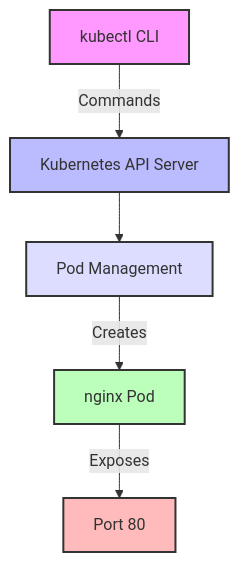
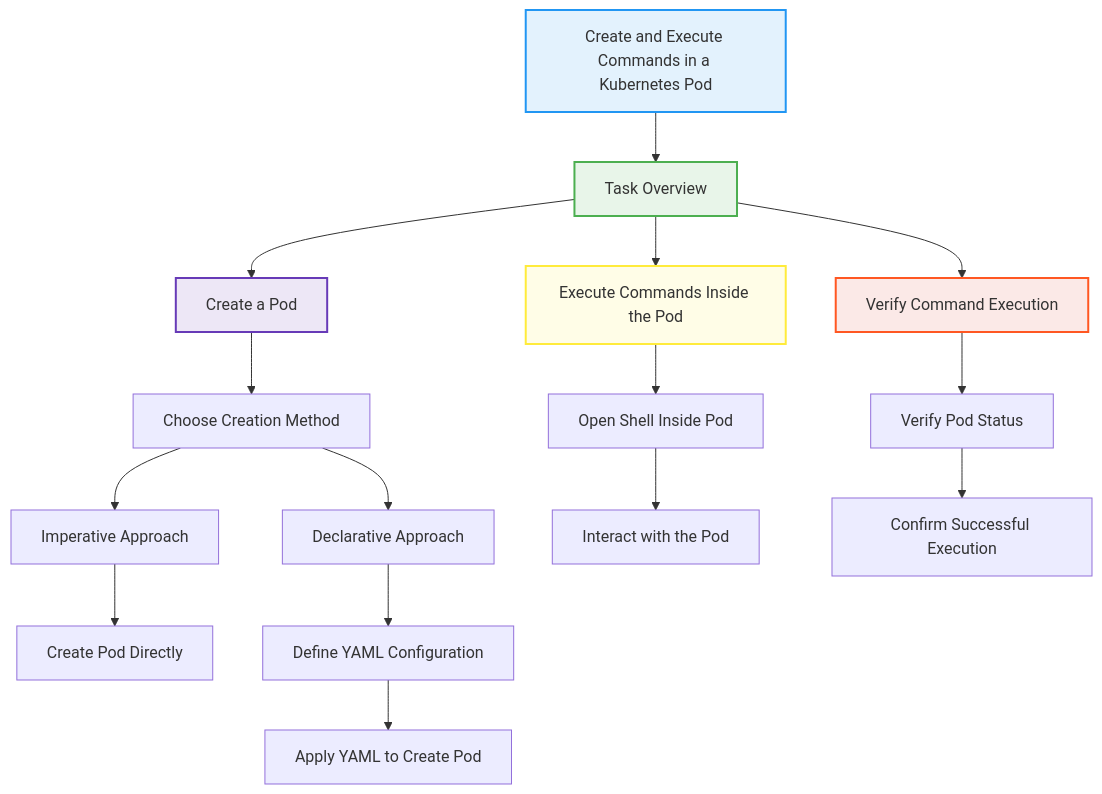
The diagram in README.md (TheToriqul/k8s-pod-commands), drawn with Mermaid before and after one commit.

Commit message:
chore: chart updated

````diff
--- a/README.md
+++ b/README.md
@@ -16,12 +16,27 @@
 ```mermaid
-graph TD
-    A[kubectl CLI] -->|Commands| B[Kubernetes API Server]
-    B --> C[Pod Management]
-    C -->|Creates| D[nginx Pod]
-    D -->|Exposes| E[Port 80]
-    style A fill:#f9f,stroke:#333,stroke-width:2px
-    style B fill:#bbf,stroke:#333,stroke-width:2px
-    style C fill:#ddf,stroke:#333,stroke-width:2px
-    style D fill:#bfb,stroke:#333,stroke-width:2px
-    style E fill:#fbb,stroke:#333,stroke-width:2px
+flowchart TD
+    A[Create and Execute Commands in a Kubernetes Pod] --> B[Task Overview]
+    B --> C[Create a Pod]
+    B --> D[Execute Commands Inside the Pod]
+    B --> E[Verify Command Execution]
+
+    C --> F[Choose Creation Method]
+    F --> G[Imperative Approach]
+    F --> H[Declarative Approach]
+
+    G --> I[Create Pod Directly]
+    H --> J[Define YAML Configuration]
+    J --> K[Apply YAML to Create Pod]
+
+    D --> L[Open Shell Inside Pod]
+    L --> M[Interact with the Pod]
+
+    E --> N[Verify Pod Status]
+    N --> O[Confirm Successful Execution]
+
+    style A fill:#e3f2fd,stroke:#2196f3,stroke-width:2px;
+    style B fill:#e8f5e9,stroke:#4caf50,stroke-width:2px;
+    style C fill:#ede7f6,stroke:#673ab7,stroke-width:2px;
+    style D fill:#fffde7,stroke:#ffeb3b,stroke-width:2px;
+    style E fill:#fbe9e7,stroke:#ff5722,stroke-width:2px;
 ```
````
